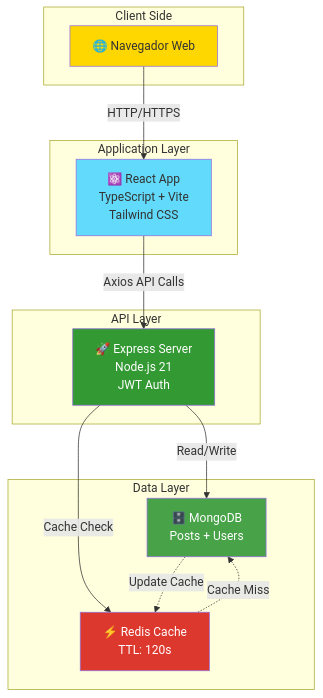
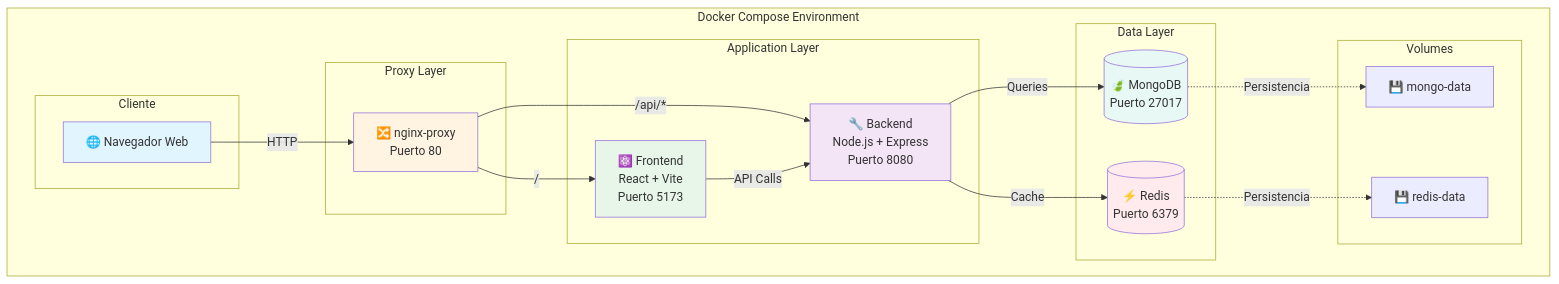
Before and after one commit to emaf13/wanderlust-ops: the first of 3 diagrams in README.md, drawn with Mermaid. The commit also changed other lines of this file and 3 other files, not shown here.

````diff
--- a/README.md
+++ b/README.md
@@ -202,32 +125,43 @@
 ```mermaid
 graph TB
-    subgraph "Client Side"
-        Browser[🌐 Navegador Web]
+    subgraph "Docker Compose Environment"
+        subgraph "Cliente"
+            Browser[🌐 Navegador Web]
+        end
+        
+        subgraph "Proxy Layer"
+            Proxy[🔀 nginx-proxy<br/>Puerto 80]
+        end
+        
+        subgraph "Application Layer"
+            Frontend[⚛️ Frontend<br/>React + Vite<br/>Puerto 5173]
+            Backend[🔧 Backend<br/>Node.js + Express<br/>Puerto 8080]
+        end
+        
+        subgraph "Data Layer"
+            MongoDB[(🍃 MongoDB<br/>Puerto 27017)]
+            Redis[(⚡ Redis<br/>Puerto 6379)]
+        end
+        
+        subgraph "Volumes"
+            MongoData[💾 mongo-data]
+            RedisData[💾 redis-data]
+        end
     end
     
-    subgraph "Application Layer"
-        React[⚛️ React App<br/>TypeScript + Vite<br/>Tailwind CSS]
-    end
+    Browser -->|HTTP| Proxy
+    Proxy -->|/| Frontend
+    Proxy -->|/api/*| Backend
+    Frontend -->|API Calls| Backend
+    Backend -->|Queries| MongoDB
+    Backend -->|Cache| Redis
+    MongoDB -.->|Persistencia| MongoData
+    Redis -.->|Persistencia| RedisData
     
-    subgraph "API Layer"
-        Express[🚀 Express Server<br/>Node.js 21<br/>JWT Auth]
-    end
-    
-    subgraph "Data Layer"
-        Redis[⚡ Redis Cache<br/>TTL: 120s]
-        MongoDB[🗄️ MongoDB<br/>Posts + Users]
-    end
-    
-    Browser -->|HTTP/HTTPS| React
-    React -->|Axios API Calls| Express
-    Express -->|Read/Write| MongoDB
-    Express -->|Cache Check| Redis
-    Redis -.->|Cache Miss| MongoDB
-    MongoDB -.->|Update Cache| Redis
-    
-    style Browser fill:#FFD700
-    style React fill:#61DAFB
-    style Express fill:#339933,color:#fff
-    style Redis fill:#DC382D,color:#fff
-    style MongoDB fill:#47A248,color:#fff
+    style Browser fill:#e1f5ff
+    style Proxy fill:#fff4e1
+    style Frontend fill:#e8f5e9
+    style Backend fill:#f3e5f5
+    style MongoDB fill:#e8f8f5
+    style Redis fill:#ffebee
 ```
````
